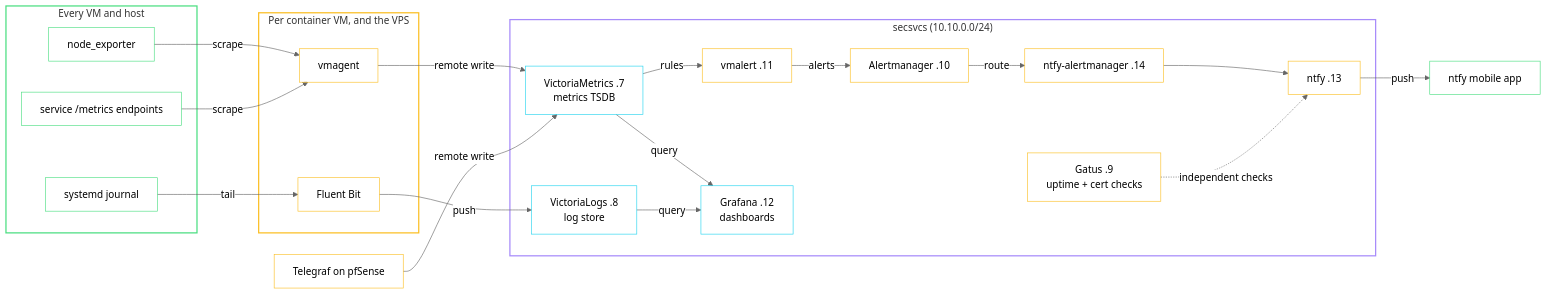
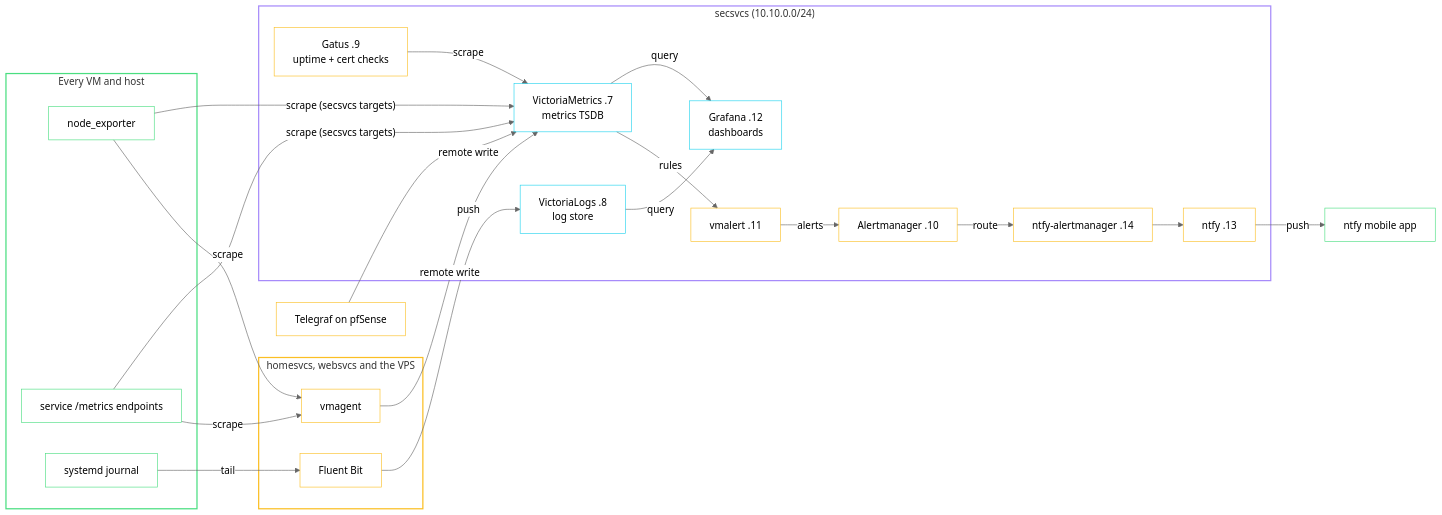
One commit to babraham123/homelab changed the diagram in docs/services.md. Above: the diagram before and after it, drawn with Mermaid (neutral theme). The commit also changed other lines of this file and 81 other files, not shown here.

````diff
--- a/docs/services.md
+++ b/docs/services.md
@@ -96,53 +100,54 @@
 ```mermaid
 flowchart LR
     subgraph sources["Every VM and host"]
         ne["node_exporter"]
         sm["service /metrics endpoints"]
         jd["systemd journal"]
     end
 
     tg["Telegraf on pfSense"]
 
-    subgraph agents["Per container VM, and the VPS"]
+    subgraph agents["homesvcs, websvcs and the VPS"]
         vmagent["vmagent"]
         fb["Fluent Bit"]
     end
 
     subgraph sec["secsvcs (10.10.0.0/24)"]
         vm["VictoriaMetrics .7<br/>metrics TSDB"]
         vl["VictoriaLogs .8<br/>log store"]
         va["vmalert .11"]
         am["Alertmanager .10"]
         nam["ntfy-alertmanager .14"]
         ntfy["ntfy .13"]
         graf["Grafana .12<br/>dashboards"]
         gatus["Gatus .9<br/>uptime + cert checks"]
     end
 
     phone["ntfy mobile app"]
 
     ne -- "scrape" --> vmagent
     sm -- "scrape" --> vmagent
     jd -- "tail" --> fb
     vmagent -- "remote write" --> vm
+    ne & sm -- "scrape (secsvcs targets)" --> vm
     tg -- "remote write" --> vm
     fb -- "push" --> vl
     vm -- "rules" --> va
     va -- "alerts" --> am
     am -- "route" --> nam
     nam --> ntfy
     ntfy -- "push" --> phone
     vm -- "query" --> graf
     vl -- "query" --> graf
-    gatus -. "independent checks" .-> ntfy
+    gatus -- "scrape" --> vm
 
     style sources stroke:#4ade80,stroke-width:2px,fill:transparent
     style agents stroke:#fbbf24,stroke-width:2px,fill:transparent
     style sec stroke:#a78bfa,stroke-width:2px,fill:transparent
     classDef src stroke:#4ade80,fill:transparent
     classDef agent stroke:#fbbf24,fill:transparent
     classDef data stroke:#22d3ee,fill:transparent
     class ne,sm,jd,phone src
     class tg,vmagent,fb,va,am,nam,ntfy,gatus agent
     class vm,vl,graf data
 ```
````
